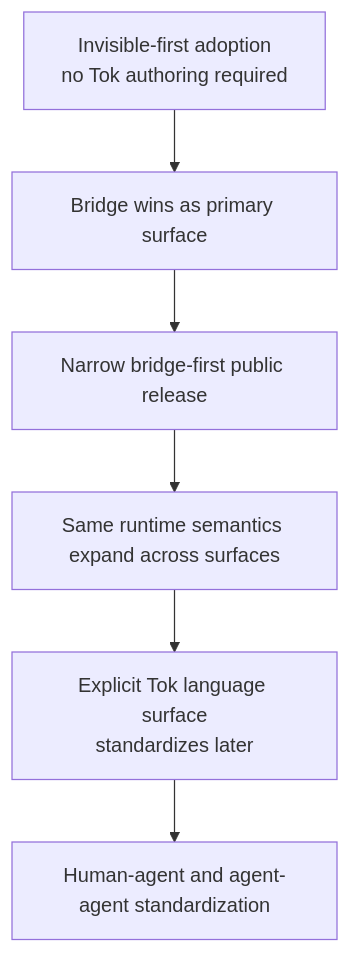
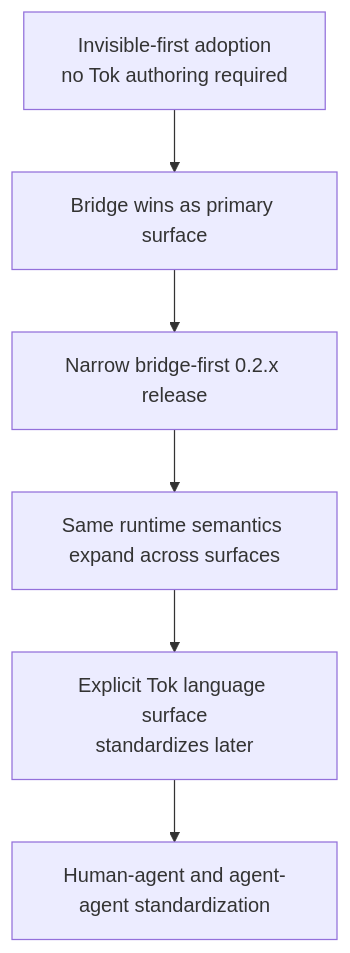
The eighth of 8 diagrams in docs/architecture-diagrams.md (tokmacher/tok), drawn with Mermaid before and after one commit. The commit also changed other lines of this file and 12 other files, not shown here.

````diff
--- a/docs/architecture-diagrams.md
+++ b/docs/architecture-diagrams.md
@@ -160,8 +160,8 @@
 ```mermaid
 flowchart TB
     INV["Invisible-first adoption<br/>no Tok authoring required"] --> BR["Bridge wins as primary surface"]
-    BR --> PUB["Narrow bridge-first public release"]
+    BR --> PUB["Narrow bridge-first 0.2.x release"]
     PUB --> RT["Same runtime semantics expand across surfaces"]
     RT --> STD["Explicit Tok language surface<br/>standardizes later"]
     STD --> AA["Human-agent and agent-agent standardization"]
 ```
````
